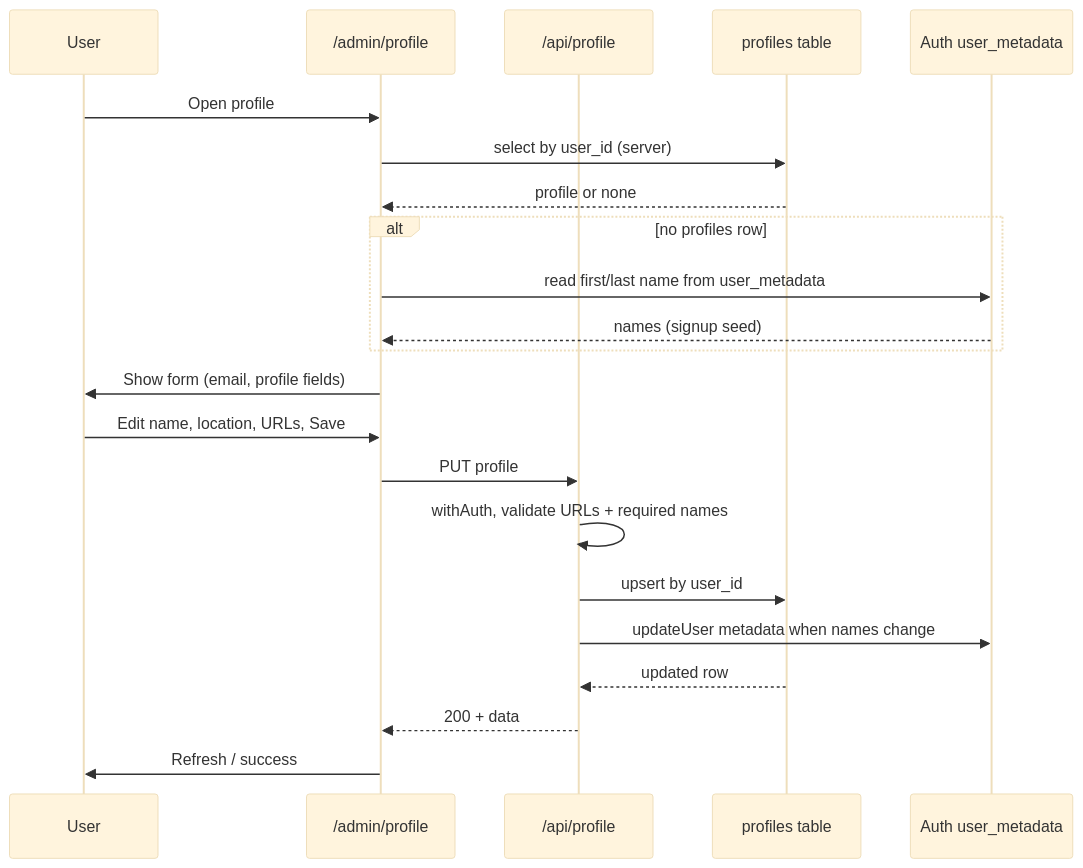
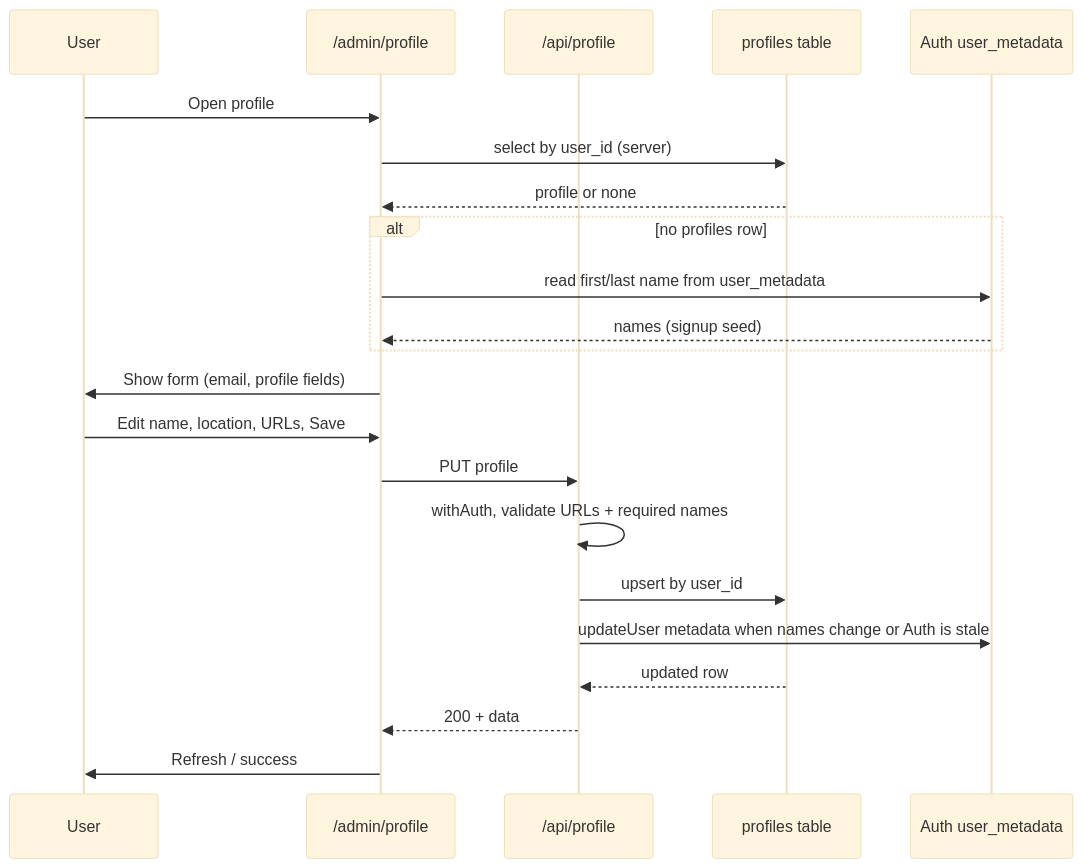
Before and after one commit to joan-gerard/my-hire-view: the third of 13 diagrams in docs/DATA_FLOW.md, drawn with Mermaid (base theme). The commit also changed other lines of this file and 6 other files, not shown here.

Commit message:
fix: re-sync Auth names on same-name profile PUT when metadata is stale

````diff
--- a/docs/DATA_FLOW.md
+++ b/docs/DATA_FLOW.md
@@ -123,26 +123,26 @@
 ```mermaid
 sequenceDiagram
   participant U as User
   participant Page as /admin/profile
   participant API as /api/profile
   participant DB as profiles table
   participant Auth as Auth user_metadata
 
   U->>Page: Open profile
   Page->>DB: select by user_id (server)
   DB-->>Page: profile or none
   alt no profiles row
     Page->>Auth: read first/last name from user_metadata
     Auth-->>Page: names (signup seed)
   end
   Page->>U: Show form (email, profile fields)
 
   U->>Page: Edit name, location, URLs, Save
   Page->>API: PUT profile
   API->>API: withAuth, validate URLs + required names
   API->>DB: upsert by user_id
-  API->>Auth: updateUser metadata when names change
+  API->>Auth: updateUser metadata when names change or Auth is stale
   DB-->>API: updated row
   API-->>Page: 200 + data
   Page->>U: Refresh / success
 ```
````
